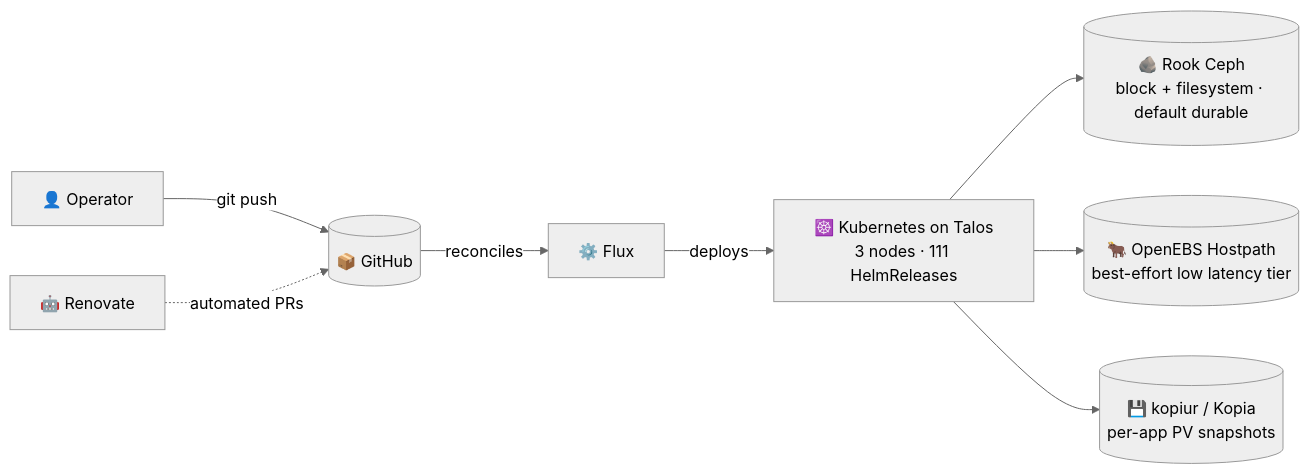
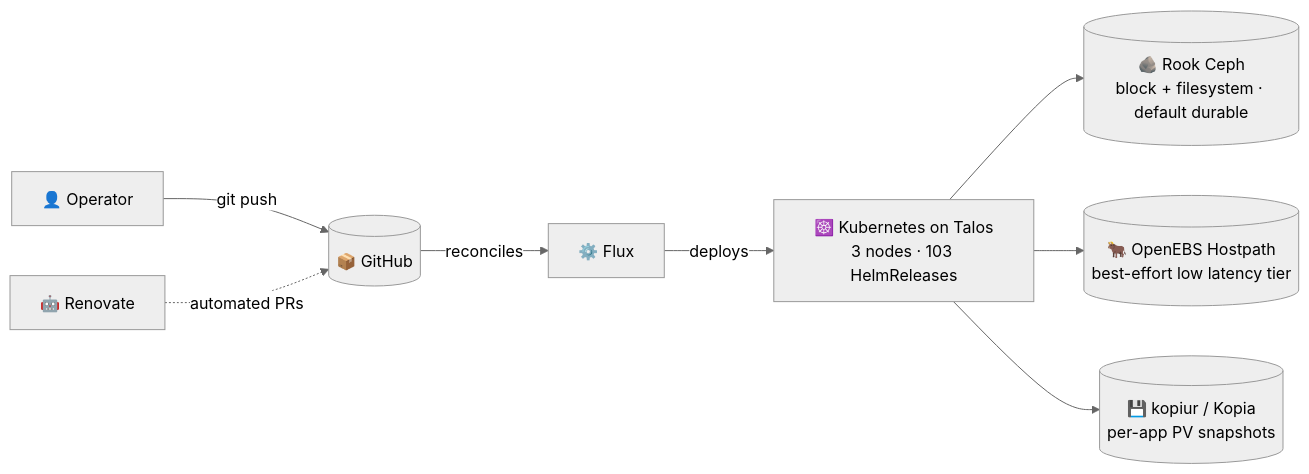
One commit to Tanguille/cluster changed the first of 2 diagrams in README.md. Above: the diagram before and after it, drawn with Mermaid (neutral theme). The commit also changed 1 other file, not shown here.

Commit message:
chore(repo): gitignore agent scratch dirs, fix README HelmRelease count
.task/, .vllm-opt/ and .Codex/ accumulate tool/session output at the
repo root and kept showing up untracked; they are scratch, not
declarative content. README claimed 111 HelmReleases — the repo
declares 103 (live cluster runs 106, incl. operator-managed ones).

````diff
--- a/README.md
+++ b/README.md
@@ -43,12 +43,12 @@
 ```mermaid
 flowchart LR
     Tanguille[👤 Operator] -->|git push| Repo[(📦 GitHub)]
     Renovate[🤖 Renovate] -.->|automated PRs| Repo
     Repo -->|reconciles| Flux[⚙️ Flux]
-    Flux -->|deploys| Cluster[☸️ Kubernetes on Talos<br/>3 nodes · 111 HelmReleases]
+    Flux -->|deploys| Cluster[☸️ Kubernetes on Talos<br/>3 nodes · 103 HelmReleases]
 
     Cluster --> Ceph[(🪨 Rook Ceph<br/>block + filesystem · default durable)]
     Cluster --> OEP[(🐂 OpenEBS Hostpath<br/>best-effort low latency tier)]
 
     Cluster --> KB[(💾 kopiur / Kopia<br/>per-app PV snapshots)]
 ```
````
